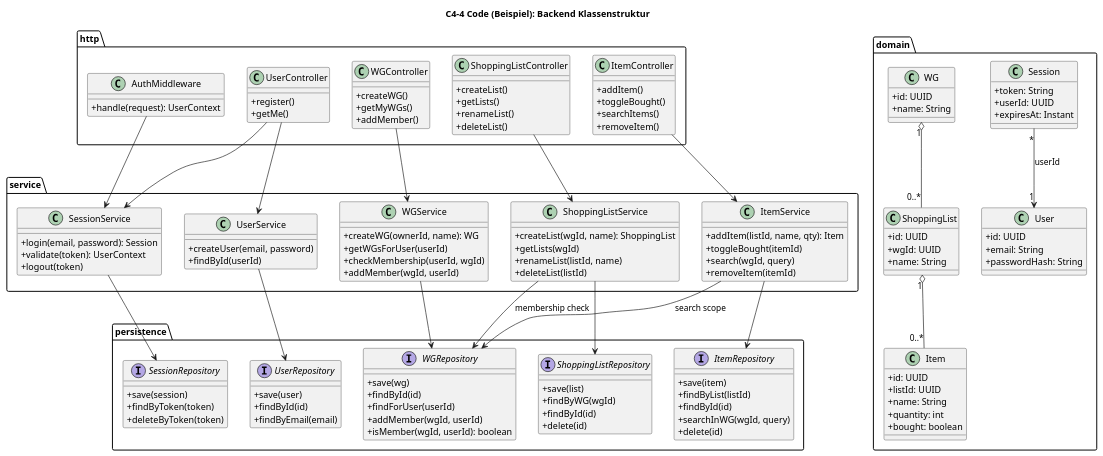
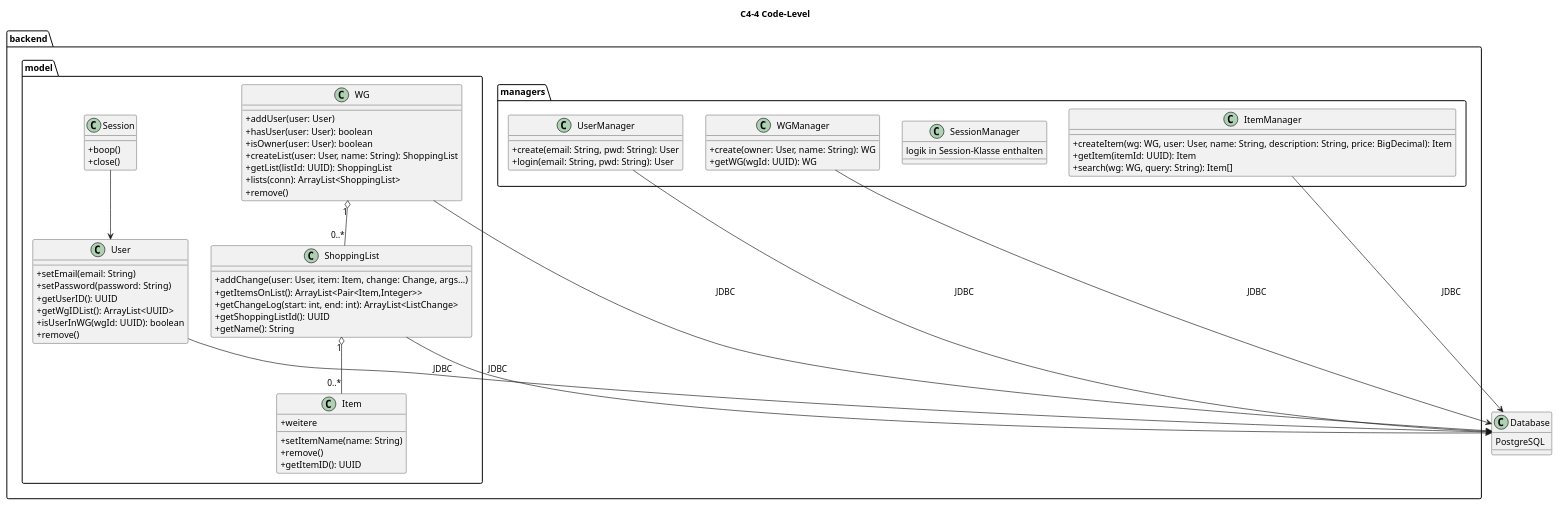
Before and after one commit to MasterOfDevilLP/ShareShop: the diagram in docs/architecture/plantuml/level4_code_backend.puml, drawn with PlantUML. The commit also changed 1 other file, not shown here.

Commit message:
edited level 3 & started on level 4 (in progress)

```diff
--- a/docs/architecture/plantuml/level4_code_backend.puml
+++ b/docs/architecture/plantuml/level4_code_backend.puml
@@ -1,164 +1,89 @@
-@startuml c4_level4_code_backend
-title C4-4 Code (Beispiel): Backend Klassenstruktur
+@startuml c4_level4_code
+title C4-4 Code-Level
 
 skinparam classAttributeIconSize 0
 
-package "http" {
-  class AuthMiddleware {
-    +handle(request): UserContext
+package "backend.managers" {
+
+  class UserManager {
+    +create(email: String, pwd: String): User
+    +login(email: String, pwd: String): User
   }
 
-  class UserController {
-    +register()
-    +getMe()
+  class SessionManager {
+    logik in Session-Klasse enthalten
   }
 
-  class WGController {
-    +createWG()
-    +getMyWGs()
-    +addMember()
+  class WGManager {
+    +create(owner: User, name: String): WG
+    +getWG(wgId: UUID): WG
   }
 
-  class ShoppingListController {
-    +createList()
-    +getLists()
-    +renameList()
-    +deleteList()
-  }
-
-  class ItemController {
-    +addItem()
-    +toggleBought()
-    +searchItems()
-    +removeItem()
+  class ItemManager {
+    +createItem(wg: WG, user: User, name: String, description: String, price: BigDecimal): Item
+    +getItem(itemId: UUID): Item
+    +search(wg: WG, query: String): Item[]
   }
 }
 
-package "service" {
-  class UserService {
-    +createUser(email, password)
-    +findById(userId)
+package "backend.model" {
+
+  class User {
+    +setEmail(email: String)
+    +setPassword(password: String)
+    +getUserID(): UUID
+    +getWgIDList(): ArrayList<UUID>
+    +isUserInWG(wgId: UUID): boolean
+    +remove()
   }
 
-  class SessionService {
-    +login(email, password): Session
-    +validate(token): UserContext
-    +logout(token)
+  class WG {
+    +addUser(user: User)
+    +hasUser(user: User): boolean
+    +isOwner(user: User): boolean
+    +createList(user: User, name: String): ShoppingList
+    +getList(listId: UUID): ShoppingList
+    +lists(conn): ArrayList<ShoppingList>
+    +remove()
   }
 
-  class WGService {
-    +createWG(ownerId, name): WG
-    +getWGsForUser(userId)
-    +checkMembership(userId, wgId)
-    +addMember(wgId, userId)
+  class ShoppingList {
+    +addChange(user: User, item: Item, change: Change, args...)
+    +getItemsOnList(): ArrayList<Pair<Item,Integer>>
+    +getChangeLog(start: int, end: int): ArrayList<ListChange>
+    +getShoppingListId(): UUID
+    +getName(): String
   }
 
-  class ShoppingListService {
-    +createList(wgId, name): ShoppingList
-    +getLists(wgId)
-    +renameList(listId, name)
-    +deleteList(listId)
+  class Item {
+    +setItemName(name: String)
+    +remove()
+    +getItemID(): UUID
+    +weitere
   }
 
-  class ItemService {
-    +addItem(listId, name, qty): Item
-    +toggleBought(itemId)
-    +search(wgId, query)
-    +removeItem(itemId)
+  class Session {
+    +boop()
+    +close()
   }
 }
 
-package "domain" {
-  class User {
-    +id: UUID
-    +email: String
-    +passwordHash: String
-  }
-
-  class Session {
-    +token: String
-    +userId: UUID
-    +expiresAt: Instant
-  }
-
-  class WG {
-    +id: UUID
-    +name: String
-  }
-
-  class ShoppingList {
-    +id: UUID
-    +wgId: UUID
-    +name: String
-  }
-
-  class Item {
-    +id: UUID
-    +listId: UUID
-    +name: String
-    +quantity: int
-    +bought: boolean
-  }
+class Database {
+  PostgreSQL
 }
 
-package "persistence" {
-  interface UserRepository {
-    +save(user)
-    +findById(id)
-    +findByEmail(email)
-  }
+UserManager --> Database : JDBC
+WGManager --> Database : JDBC
+ItemManager --> Database : JDBC
 
-  interface SessionRepository {
-    +save(session)
-    +findByToken(token)
-    +deleteByToken(token)
-  }
+User --> Database : JDBC
+WG --> Database : JDBC
+ShoppingList --> Database : JDBC
 
-  interface WGRepository {
-    +save(wg)
-    +findById(id)
-    +findForUser(userId)
-    +addMember(wgId, userId)
-    +isMember(wgId, userId): boolean
-  }
-
-  interface ShoppingListRepository {
-    +save(list)
-    +findByWG(wgId)
-    +findById(id)
-    +delete(id)
-  }
-
-  interface ItemRepository {
-    +save(item)
-    +findByList(listId)
-    +findById(id)
-    +searchInWG(wgId, query)
-    +delete(id)
-  }
-}
-
-' HTTP -> Service
-AuthMiddleware --> SessionService
-UserController --> UserService
-UserController --> SessionService
-WGController --> WGService
-ShoppingListController --> ShoppingListService
-ItemController --> ItemService
-
-' Services -> Repos
-UserService --> UserRepository
-SessionService --> SessionRepository
-WGService --> WGRepository
-ShoppingListService --> ShoppingListRepository
-ItemService --> ItemRepository
-ItemService --> WGRepository : "search scope"
-ShoppingListService --> WGRepository : "membership check"
-
-' Domain relations
 WG "1" o-- "0..*" ShoppingList
 ShoppingList "1" o-- "0..*" Item
 
-Session "*" --> "1" User : userId
+
+Session --> User
 
 @enduml
```
